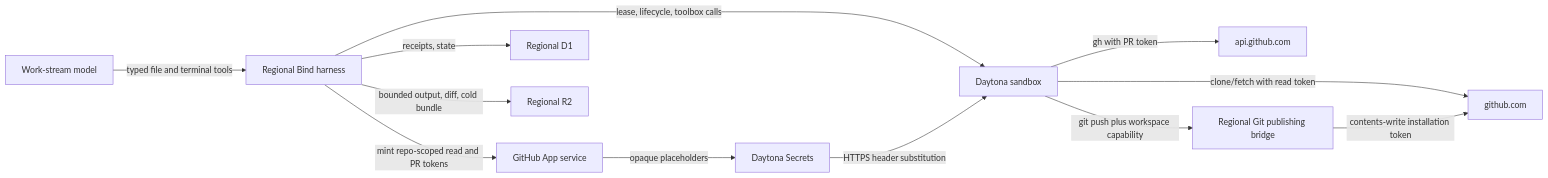
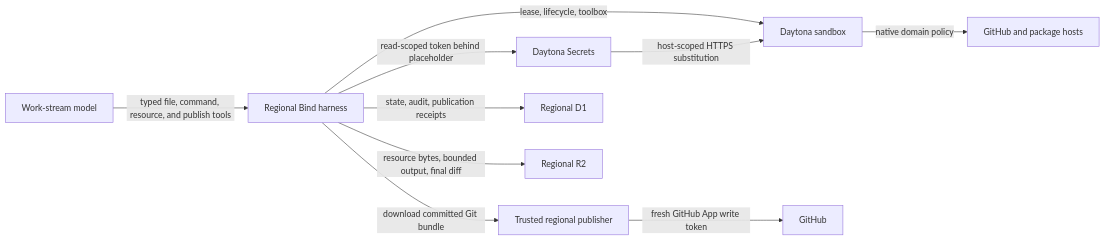
The first of 2 diagrams in docs/PRDs/2026-08-12_daytona-terminal-git-github/design.md (juno-ai-labs/avalon), drawn with Mermaid before and after one commit. The commit also changed other lines of this file and 9 other files, not shown here.

Commit message:
docs: refine Daytona terminal plugin contract

````diff
--- a/docs/PRDs/2026-08-12_daytona-terminal-git-github/design.md
+++ b/docs/PRDs/2026-08-12_daytona-terminal-git-github/design.md
@@ -9,14 +8,12 @@
 ```mermaid
 flowchart LR
-    M["Work-stream model"] -->|"typed file and terminal tools"| H["Regional Bind harness"]
-    H -->|"lease, lifecycle, toolbox calls"| D["Daytona sandbox"]
-    H -->|"mint repo-scoped read and PR tokens"| G["GitHub App service"]
-    G -->|"opaque placeholders"| S["Daytona Secrets"]
-    S -->|"HTTPS header substitution"| D
-    D -->|"clone/fetch with read token"| GH["github.com"]
-    D -->|"gh with PR token"| API["api.github.com"]
-    D -->|"git push plus workspace capability"| B["Regional Git publishing bridge"]
-    B -->|"contents-write installation token"| GH
-    H -->|"receipts, state"| DB["Regional D1"]
-    H -->|"bounded output, diff, cold bundle"| R2["Regional R2"]
+    M["Work-stream model"] -->|"typed file, command, resource, and publish tools"| H["Regional Bind harness"]
+    H -->|"lease, lifecycle, toolbox"| D["Daytona sandbox"]
+    H -->|"read-scoped token behind placeholder"| S["Daytona Secrets"]
+    S -->|"host-scoped HTTPS substitution"| D
+    D -->|"native domain policy"| GH["GitHub and package hosts"]
+    H -->|"download committed Git bundle"| P["Trusted regional publisher"]
+    P -->|"fresh GitHub App write token"| API["GitHub"]
+    H -->|"state, audit, publication receipts"| DB["Regional D1"]
+    H -->|"resource bytes, bounded output, final diff"| R2["Regional R2"]
 ```
````
